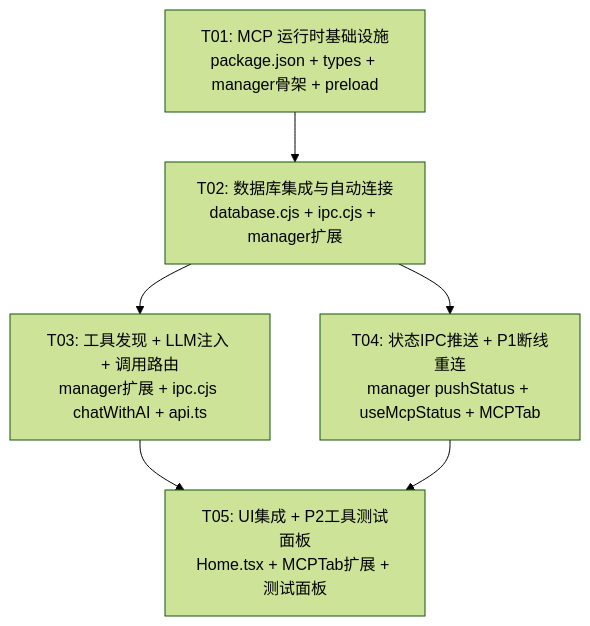
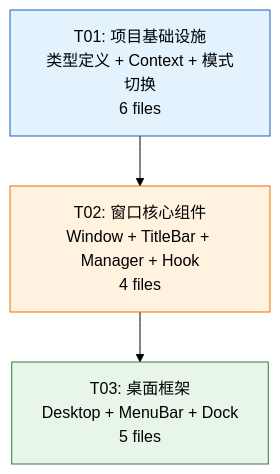
One commit to eafenzhang/workit changed the fifth of 5 diagrams in docs/system_design.md. Above: the diagram before and after it, drawn with Mermaid (forest theme). The commit also changed other lines of this file and 33 other files, not shown here.

````diff
--- a/docs/system_design.md
+++ b/docs/system_design.md
@@ -551,14 +612,13 @@
 ```mermaid
 graph TD
-    T01["T01: MCP 运行时基础设施<br/>package.json + types + manager骨架 + preload"]
-    T02["T02: 数据库集成与自动连接<br/>database.cjs + ipc.cjs + manager扩展"]
-    T03["T03: 工具发现 + LLM注入 + 调用路由<br/>manager扩展 + ipc.cjs chatWithAI + api.ts"]
-    T04["T04: 状态IPC推送 + P1断线重连<br/>manager pushStatus + useMcpStatus + MCPTab"]
-    T05["T05: UI集成 + P2工具测试面板<br/>Home.tsx + MCPTab扩展 + 测试面板"]
+    T01["T01: 项目基础设施<br/>类型定义 + Context + 模式切换<br/>6 files"]
+    T02["T02: 窗口核心组件<br/>Window + TitleBar + Manager + Hook<br/>4 files"]
+    T03["T03: 桌面框架<br/>Desktop + MenuBar + Dock<br/>5 files"]
 
     T01 --> T02
     T02 --> T03
-    T02 --> T04
-    T03 --> T05
-    T04 --> T05
+
+    style T01 fill:#e3f2fd,stroke:#1565c0
+    style T02 fill:#fff3e0,stroke:#ef6c00
+    style T03 fill:#e8f5e9,stroke:#2e7d32
 ```
````
